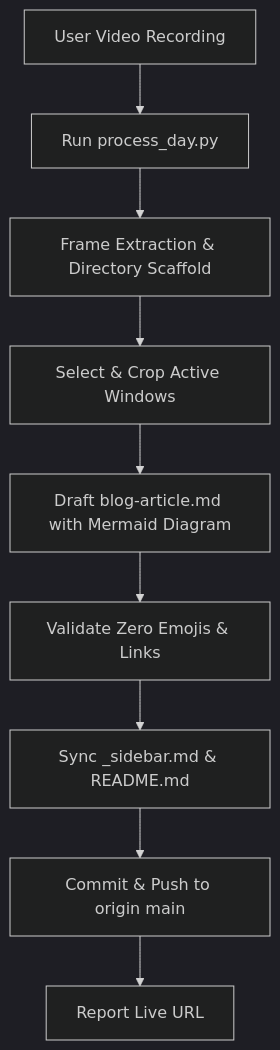
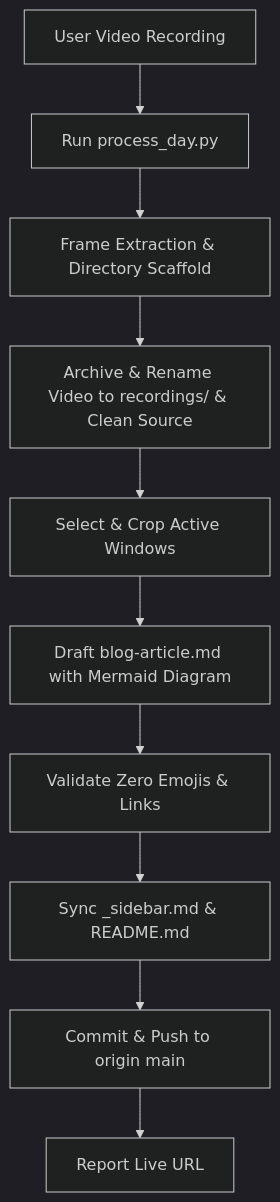
One commit to ShubhamTheDataGuy/azure-learning-journey changed the diagram in .agents/skills/azure-daily-lab/SKILL.md. Above: the diagram before and after it, drawn with Mermaid (dark theme). The commit also changed other lines of this file and 4 other files, not shown here.

Commit message:
Add video recording archive pipeline, gitignore rules, and skill updates

````diff
--- a/.agents/skills/azure-daily-lab/SKILL.md
+++ b/.agents/skills/azure-daily-lab/SKILL.md
@@ -19,11 +19,12 @@
 ```mermaid
 flowchart TD
     Video[User Video Recording] --> Script[Run process_day.py]
     Script --> Extract[Frame Extraction & Directory Scaffold]
-    Extract --> Curate[Select & Crop Active Windows]
+    Extract --> Archive[Archive & Rename Video to recordings/ & Clean Source]
+    Archive --> Curate[Select & Crop Active Windows]
     Curate --> Article[Draft blog-article.md with Mermaid Diagram]
     Article --> Validate[Validate Zero Emojis & Links]
     Validate --> Nav[Sync _sidebar.md & README.md]
     Nav --> Git[Commit & Push to origin main]
     Git --> User[Report Live URL]
 ```
````
